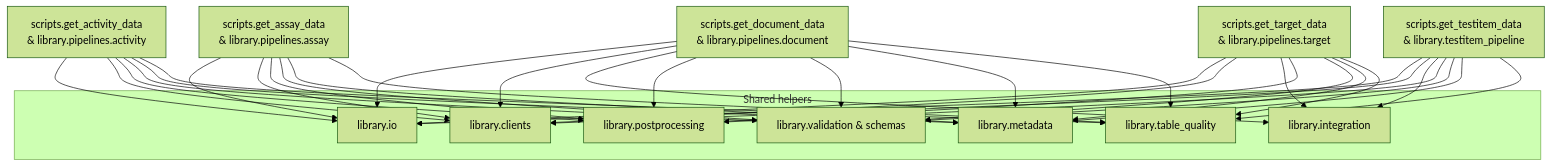
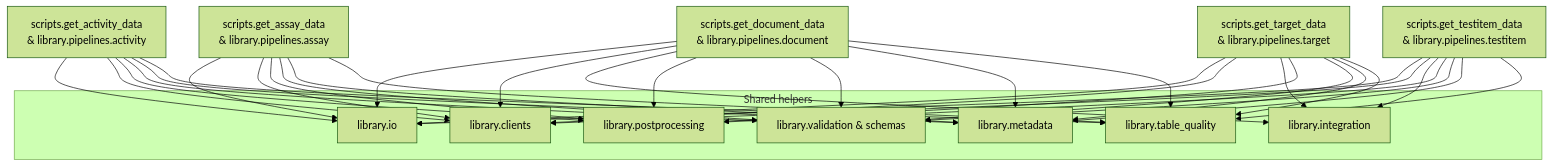
One commit to SatoryKono/ChEMBL_data_acquisition changed the second of 2 diagrams in docs/en/ARCHITECTURE.md. Above: the diagram before and after it, drawn with Mermaid (forest theme). The commit also changed other lines of this file and 8 other files, not shown here.

````diff
--- a/docs/en/ARCHITECTURE.md
+++ b/docs/en/ARCHITECTURE.md
@@ -65,50 +65,50 @@
 ```mermaid
 graph TD
   subgraph Shared helpers
     IO[library.io]
     Clients[library.clients]
     Integrations[library.integration]
     Post[library.postprocessing]
     Validation[library.validation & schemas]
     Metadata[library.metadata]
     Quality[library.table_quality]
   end
 
   Activity[scripts.get_activity_data\n& library.pipelines.activity] --> IO
   Activity --> Clients
   Activity --> Post
   Activity --> Validation
   Activity --> Metadata
   Activity --> Quality
 
   Assay[scripts.get_assay_data\n& library.pipelines.assay] --> IO
   Assay --> Clients
   Assay --> Post
   Assay --> Validation
   Assay --> Metadata
   Assay --> Quality
 
   Document[scripts.get_document_data\n& library.pipelines.document] --> IO
   Document --> Clients
   Document --> Integrations
   Document --> Post
   Document --> Validation
   Document --> Metadata
   Document --> Quality
 
   Target[scripts.get_target_data\n& library.pipelines.target] --> IO
   Target --> Clients
   Target --> Integrations
   Target --> Post
   Target --> Validation
   Target --> Metadata
   Target --> Quality
 
-  Testitem[scripts.get_testitem_data\n& library.testitem_pipeline] --> IO
+  Testitem[scripts.get_testitem_data\n& library.pipelines.testitem] --> IO
   Testitem --> Clients
   Testitem --> Integrations
   Testitem --> Post
   Testitem --> Validation
   Testitem --> Metadata
   Testitem --> Quality
 ```
````
